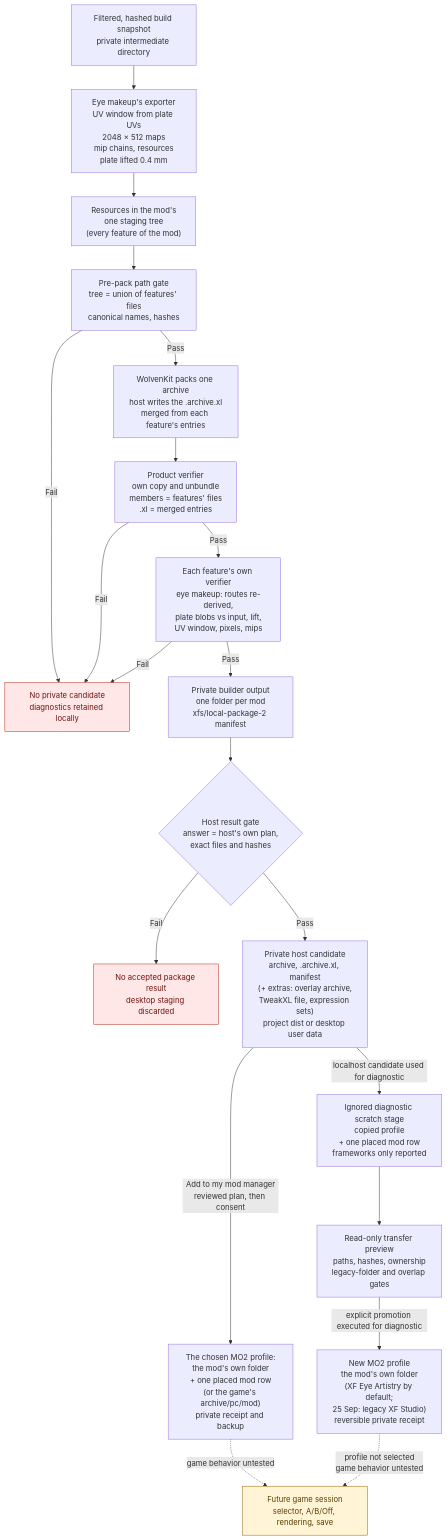
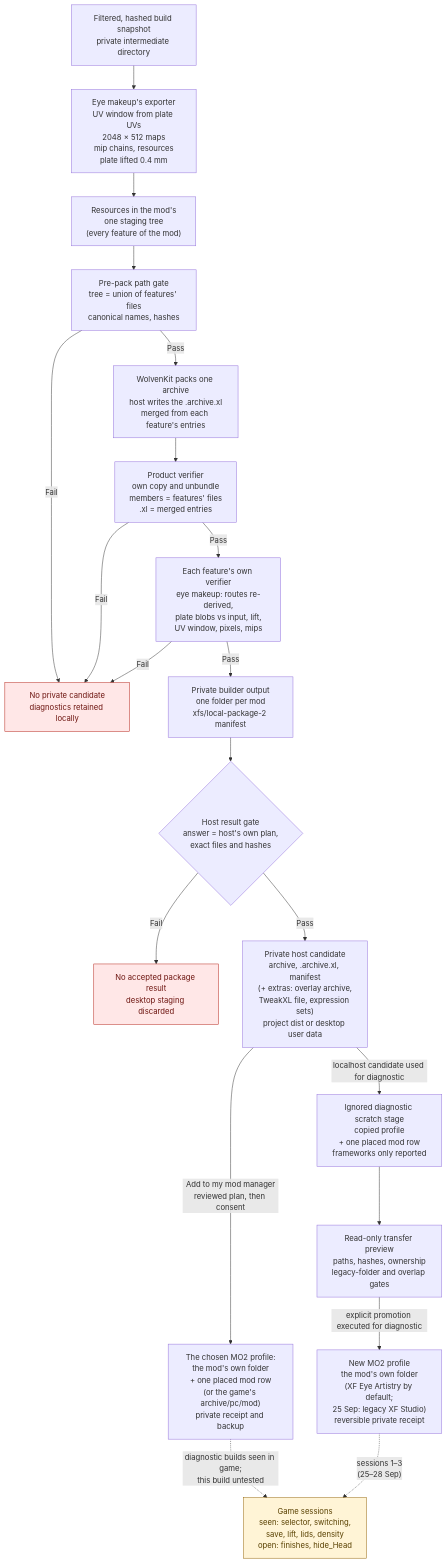
The second of 4 diagrams in research/authoring/studio-to-mod-pipeline.md (axefrog/xf-studio), drawn with Mermaid before and after one commit. The commit also changed other lines of this file and 14 other files, not shown here.

````diff
--- a/research/authoring/studio-to-mod-pipeline.md
+++ b/research/authoring/studio-to-mod-pipeline.md
@@ -52,27 +61,27 @@
 ```mermaid
 flowchart TB
   snapshot["Filtered, hashed build snapshot<br/>private intermediate directory"] --> bake["Eye makeup's exporter<br/>UV window from plate UVs<br/>2048 × 512 maps<br/>mip chains, resources<br/>plate lifted 0.4 mm"]
   bake --> resources["Resources in the mod's<br/>one staging tree<br/>(every feature of the mod)"]
   resources --> gate["Pre-pack path gate<br/>tree = union of features' files<br/>canonical names, hashes"]
   gate -- Fail --> stop
   gate -- Pass --> pack["WolvenKit packs one archive<br/>host writes the .archive.xl<br/>merged from each feature's entries"]
   pack --> productVerifier["Product verifier<br/>own copy and unbundle<br/>members = features' files<br/>.xl = merged entries"]
   productVerifier -- Fail --> stop
   productVerifier -- Pass --> verifier["Each feature's own verifier<br/>eye makeup: routes re-derived,<br/>plate blobs vs input, lift,<br/>UV window, pixels, mips"]
   verifier -- Fail --> stop["No private candidate<br/>diagnostics retained locally"]
   verifier -- Pass --> dist["Private builder output<br/>one folder per mod<br/>xfs/local-package-2 manifest"]
   dist --> resultGate{"Host result gate<br/>answer = host's own plan,<br/>exact files and hashes"}
   resultGate -- Fail --> unaccepted["No accepted package result<br/>desktop staging discarded"]
   resultGate -- Pass --> candidate["Private host candidate<br/>archive, .archive.xl, manifest<br/>(+ extras: overlay archive,<br/>TweakXL file, expression sets)<br/>project dist or desktop user data"]
   candidate -- "Add to my mod manager<br/>reviewed plan, then consent" --> install["The chosen MO2 profile:<br/>the mod's own folder<br/>+ one placed mod row<br/>(or the game's archive/pc/mod)<br/>private receipt and backup"]
-  install -. "game behavior untested" .-> runtime
+  install -. "diagnostic builds seen in game;<br/>this build untested" .-> runtime
   candidate -- "localhost candidate used for diagnostic" --> scratch["Ignored diagnostic scratch stage<br/>copied profile<br/>+ one placed mod row<br/>frameworks only reported"]
   scratch --> preview["Read-only transfer preview<br/>paths, hashes, ownership<br/>legacy-folder and overlap gates"]
   preview -- "explicit promotion executed for diagnostic" --> mo2["New MO2 profile<br/>the mod's own folder<br/>(XF Eye Artistry by default;<br/>25 Sep: legacy XF Studio)<br/>reversible private receipt"]
-  mo2 -. "profile not selected<br/>game behavior untested" .-> runtime["Future game session<br/>selector, A/B/Off, rendering, save"]
+  mo2 -. "sessions 1–3<br/>(25–28 Sep)" .-> runtime["Game sessions<br/>seen: selector, switching,<br/>save, lift, lids, density<br/>open: finishes, hide_Head"]
 
   classDef blocked fill:#ffe7e7,stroke:#b42318,color:#6e1611;
   classDef pending fill:#fff4d6,stroke:#946200,color:#594000;
   class stop,unaccepted blocked;
   class runtime pending;
 ```
````
